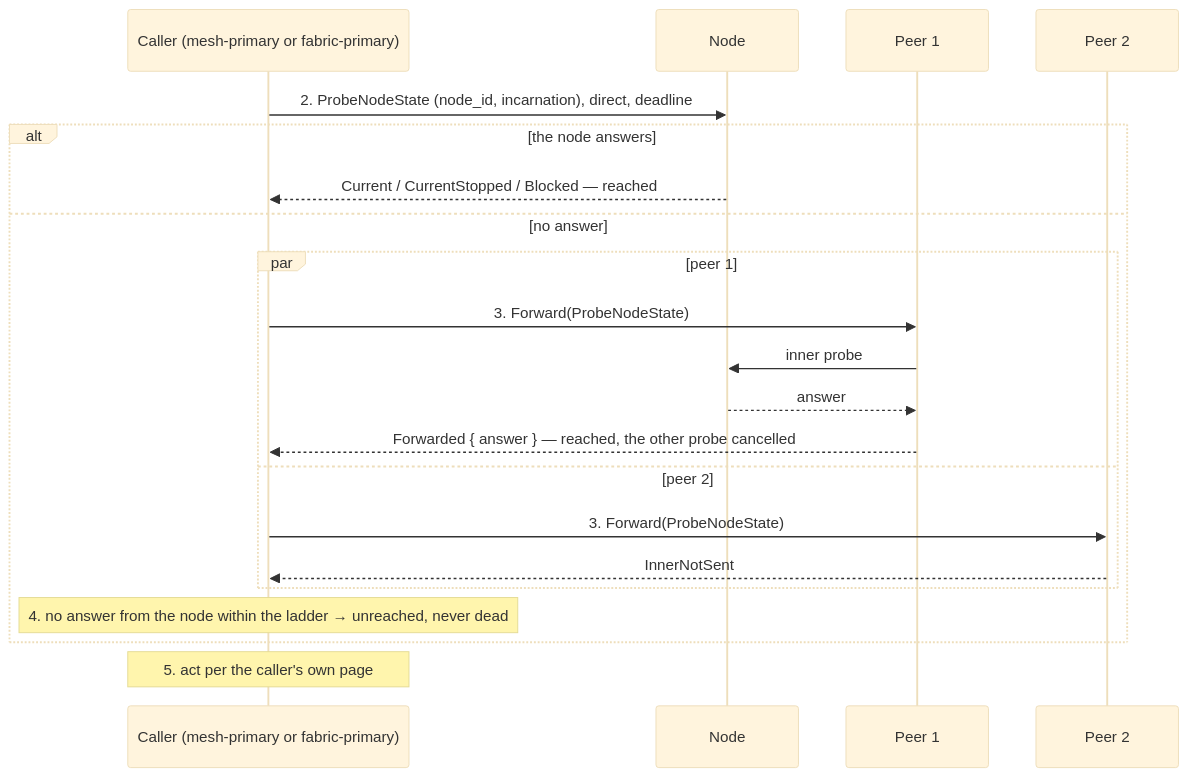
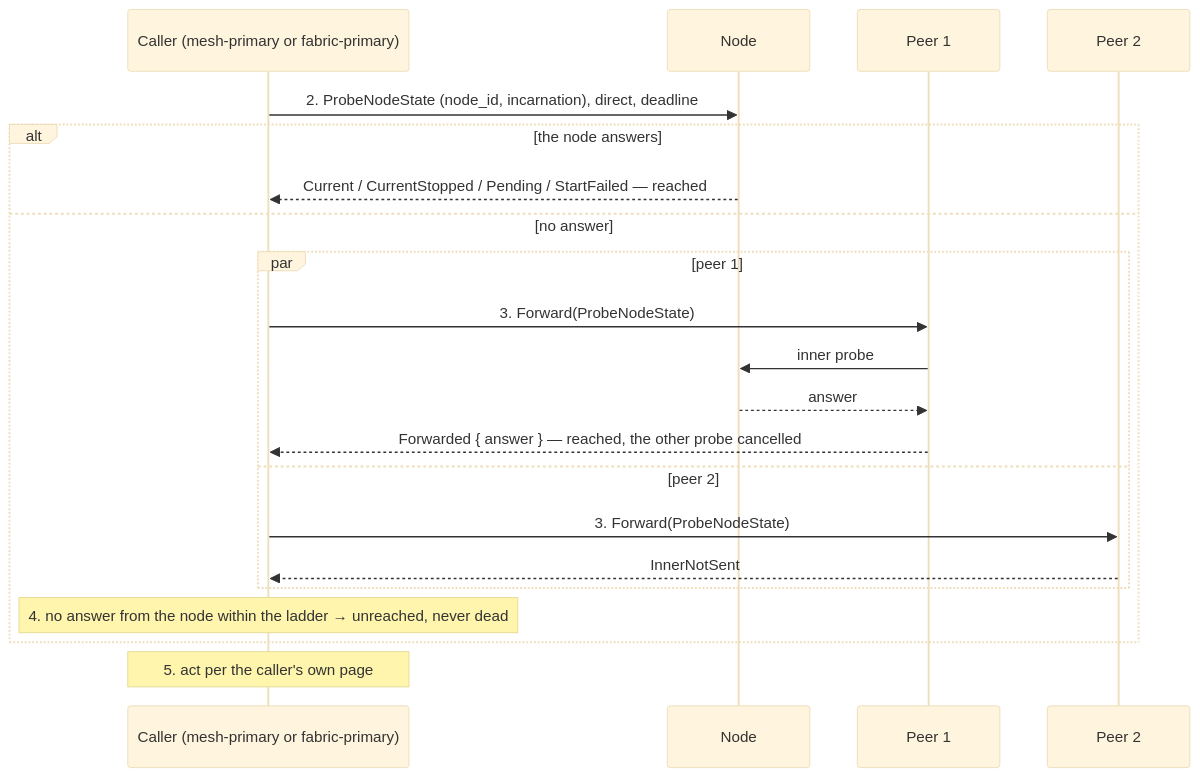
Before and after one commit to drlukeangel/rust-distributed-mesh: the diagram in docs/architecture/lifecycles/node-tickle.md, drawn with Mermaid (base theme). The commit also changed other lines of this file and 7 other files, not shown here.

First line of the commit message:
fix(rdm-admin, rdm-node, rdm-test, docs, rdm#312, Q350): a start that fails at its hook leaves the node Pending, rejoined, never stopped again, and its probe's StartFailed is reached

````diff
--- a/docs/architecture/lifecycles/node-tickle.md
+++ b/docs/architecture/lifecycles/node-tickle.md
@@ -108,23 +110,23 @@
 ```mermaid
 sequenceDiagram
     participant C as Caller (mesh-primary or fabric-primary)
     participant N as Node
     participant P1 as Peer 1
     participant P2 as Peer 2
     C->>N: 2. ProbeNodeState (node_id, incarnation), direct, deadline
     alt the node answers
-        N-->>C: Current / CurrentStopped / Blocked — reached
+        N-->>C: Current / CurrentStopped / Pending / StartFailed — reached
     else no answer
         par peer 1
             C->>P1: 3. Forward(ProbeNodeState)
             P1->>N: inner probe
             N-->>P1: answer
             P1-->>C: Forwarded { answer } — reached, the other probe cancelled
         and peer 2
             C->>P2: 3. Forward(ProbeNodeState)
             P2-->>C: InnerNotSent
         end
         Note over C: 4. no answer from the node within the ladder → unreached, never dead
     end
     Note over C: 5. act per the caller's own page
 ```
````
